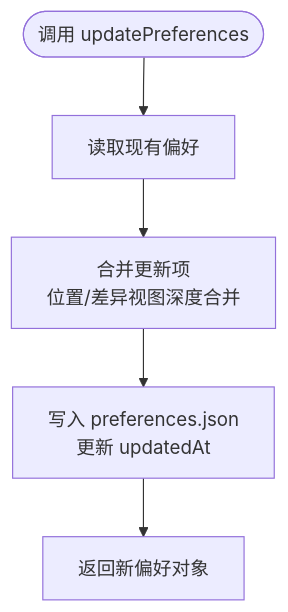
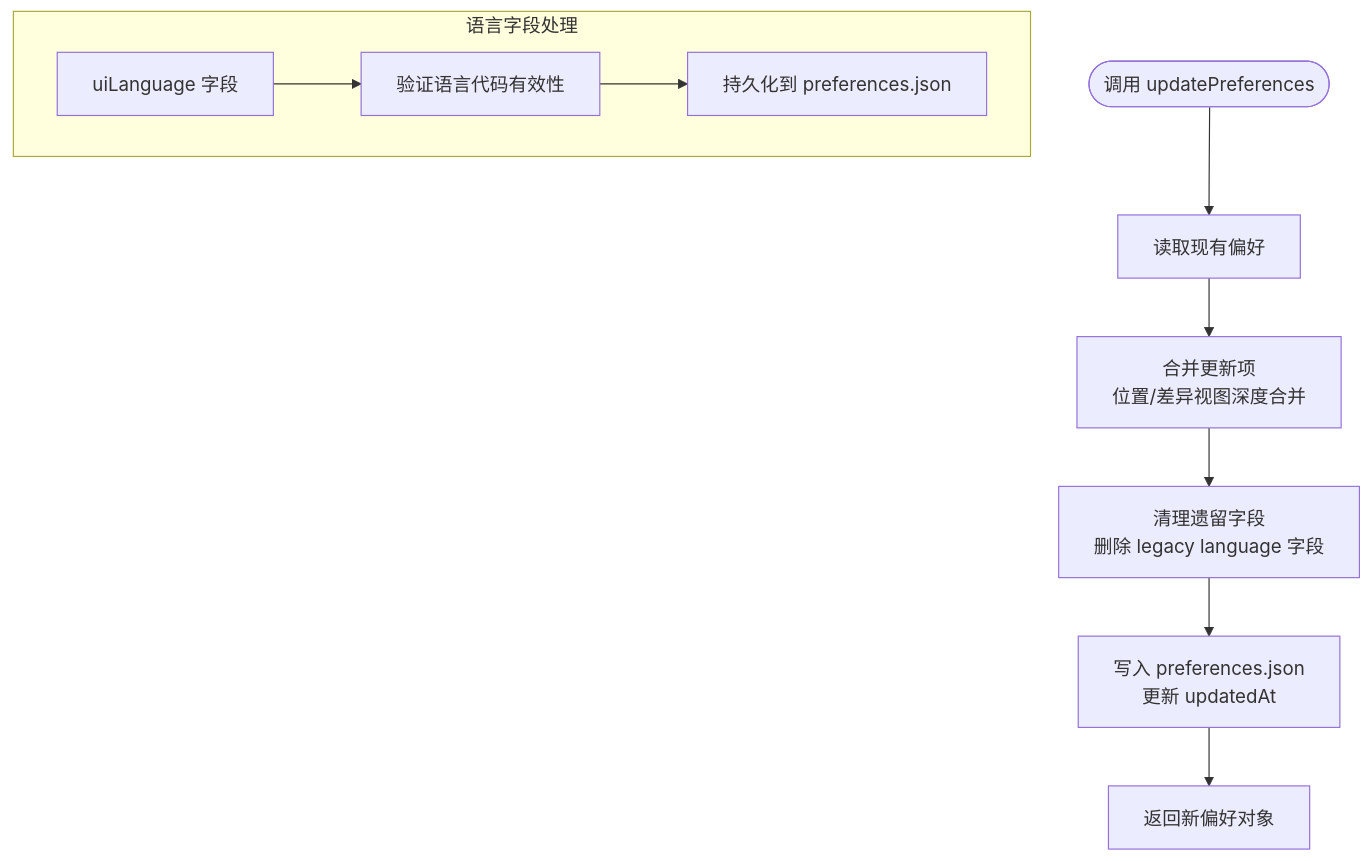
Before and after one commit to haolange/craft-agents-oss: the third of 10 diagrams in .qoder/repowiki/zh/content/配置和设置/用户偏好设置.md, drawn with Mermaid. The commit also changed other lines of this file and 5 other files, not shown here.

````diff
--- a/.qoder/repowiki/zh/content/配置和设置/用户偏好设置.md
+++ b/.qoder/repowiki/zh/content/配置和设置/用户偏好设置.md
@@ -160,7 +189,12 @@
 ```mermaid
 flowchart TD
 Start(["调用 updatePreferences"]) --> Load["读取现有偏好"]
 Load --> Merge["合并更新项<br/>位置/差异视图深度合并"]
-Merge --> Save["写入 preferences.json<br/>更新 updatedAt"]
+Merge --> Scrub["清理遗留字段<br/>删除 legacy language 字段"]
+Scrub --> Save["写入 preferences.json<br/>更新 updatedAt"]
 Save --> Return["返回新偏好对象"]
+subgraph "语言字段处理"
+LangField["uiLanguage 字段"] --> Validate["验证语言代码有效性"]
+Validate --> Persist["持久化到 preferences.json"]
+end
 ```
````
